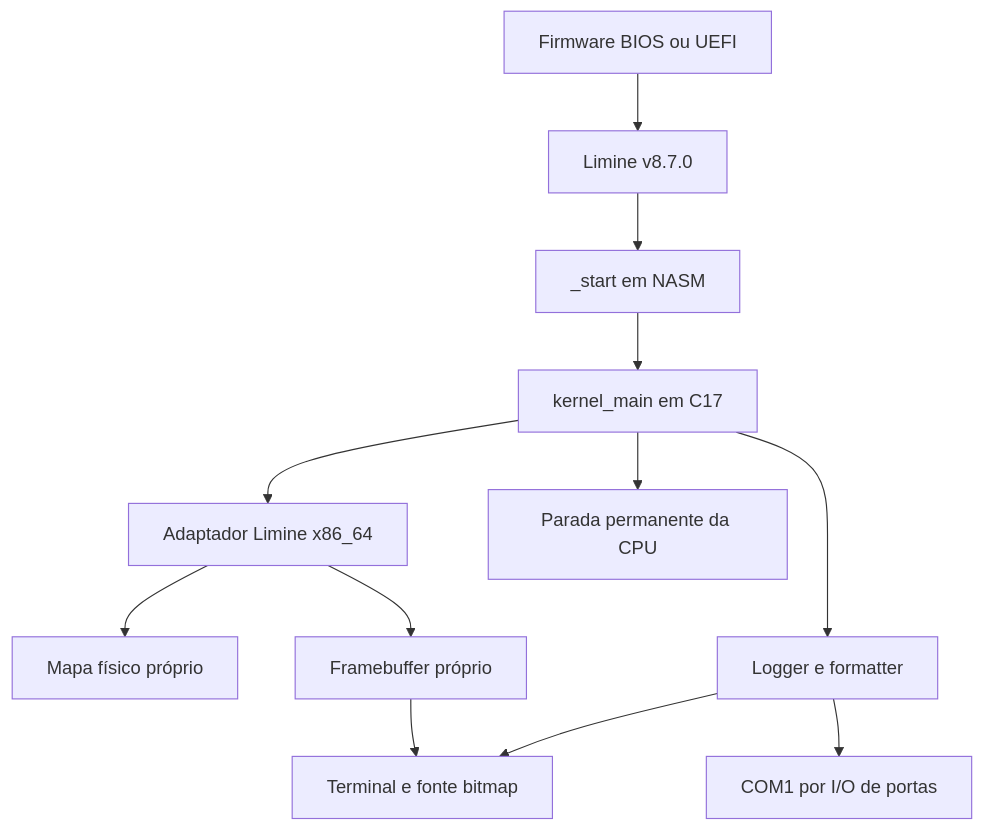
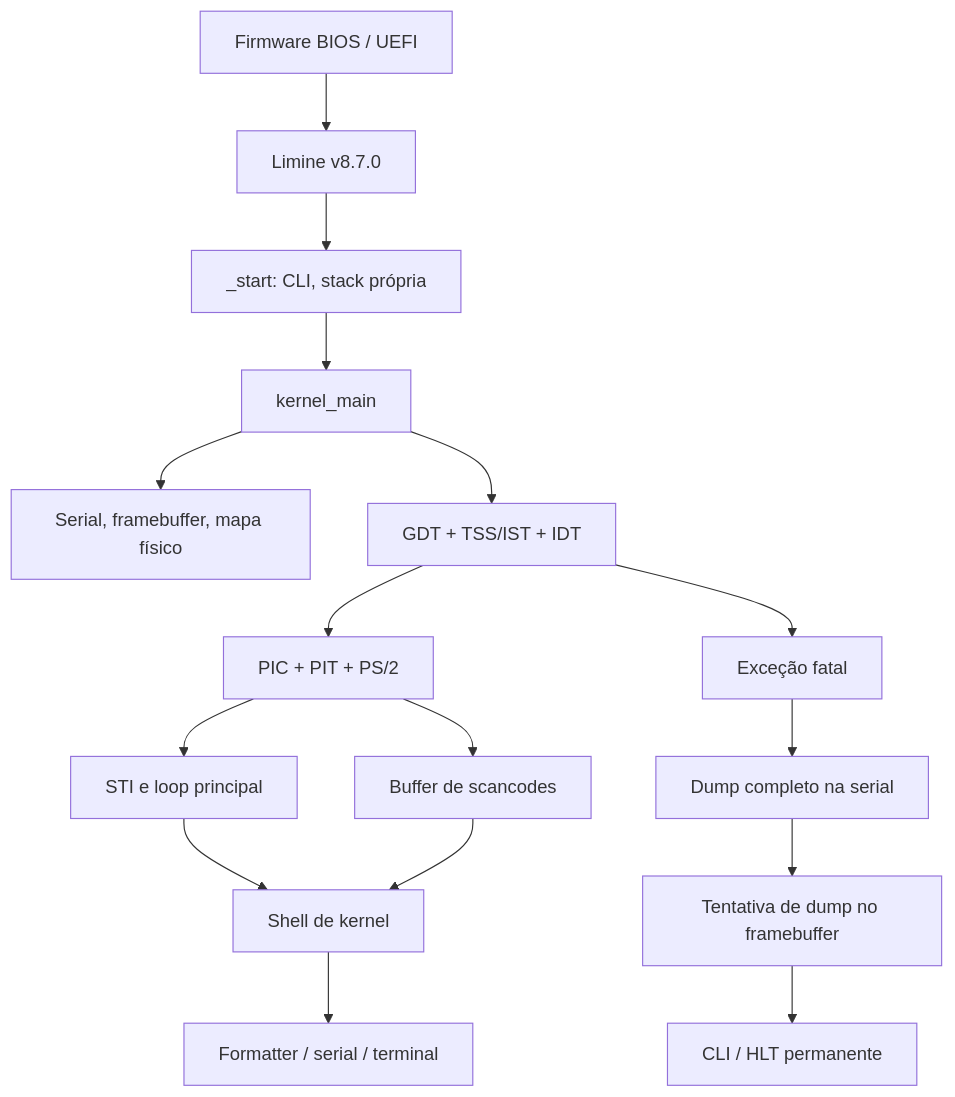
Before and after one commit to zaureliu/UtamoOS: the diagram in docs/architecture.md, drawn with Mermaid. The commit also changed other lines of this file and 11 other files, not shown here.

Commit message:
docs: document v0.1 architecture and observed validation

````diff
--- a/docs/architecture.md
+++ b/docs/architecture.md
@@ -10,14 +8,18 @@
 ```mermaid
 flowchart TD
-    firmware[Firmware BIOS ou UEFI] --> limine[Limine v8.7.0]
-    limine --> entry[_start em NASM]
-    entry --> main[kernel_main em C17]
-    main --> boot[Adaptador Limine x86_64]
-    boot --> mem[Mapa físico próprio]
-    boot --> fb[Framebuffer próprio]
-    fb --> term[Terminal e fonte bitmap]
-    main --> logger[Logger e formatter]
-    logger --> term
-    logger --> serial[COM1 por I/O de portas]
-    main --> halt[Parada permanente da CPU]
+    firmware[Firmware BIOS / UEFI] --> limine[Limine v8.7.0]
+    limine --> entry[_start: CLI, stack própria]
+    entry --> main[kernel_main]
+    main --> boot[Serial, framebuffer, mapa físico]
+    main --> desc[GDT + TSS/IST + IDT]
+    desc --> irq[PIC + PIT + PS/2]
+    irq --> loop[STI e loop principal]
+    loop --> shell[Shell de kernel]
+    shell --> out[Formatter / serial / terminal]
+    irq --> input[Buffer de scancodes]
+    input --> shell
+    desc --> fault[Exceção fatal]
+    fault --> serial[Dump completo na serial]
+    serial --> display[Tentativa de dump no framebuffer]
+    display --> stop[CLI / HLT permanente]
 ```
````
